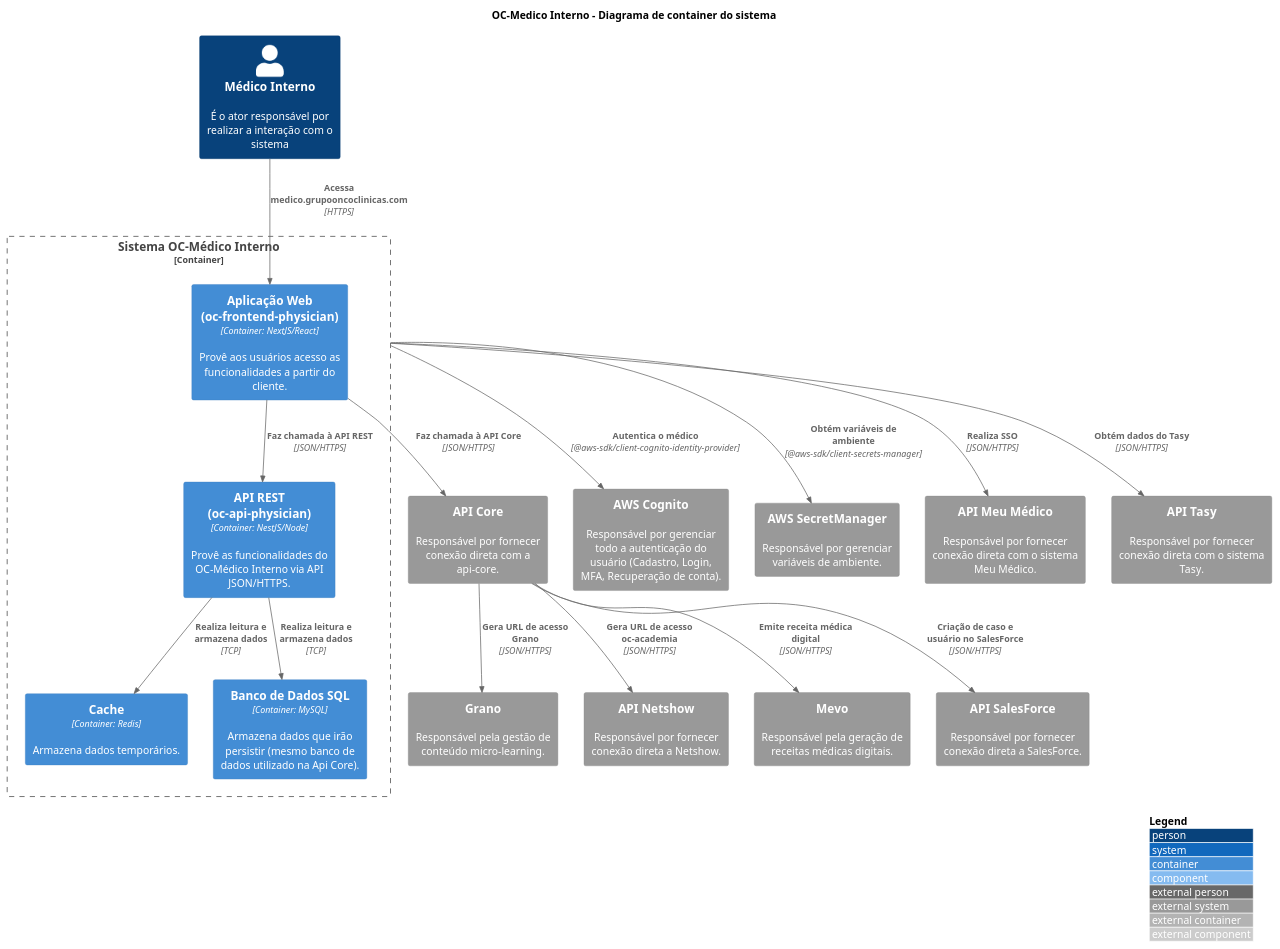
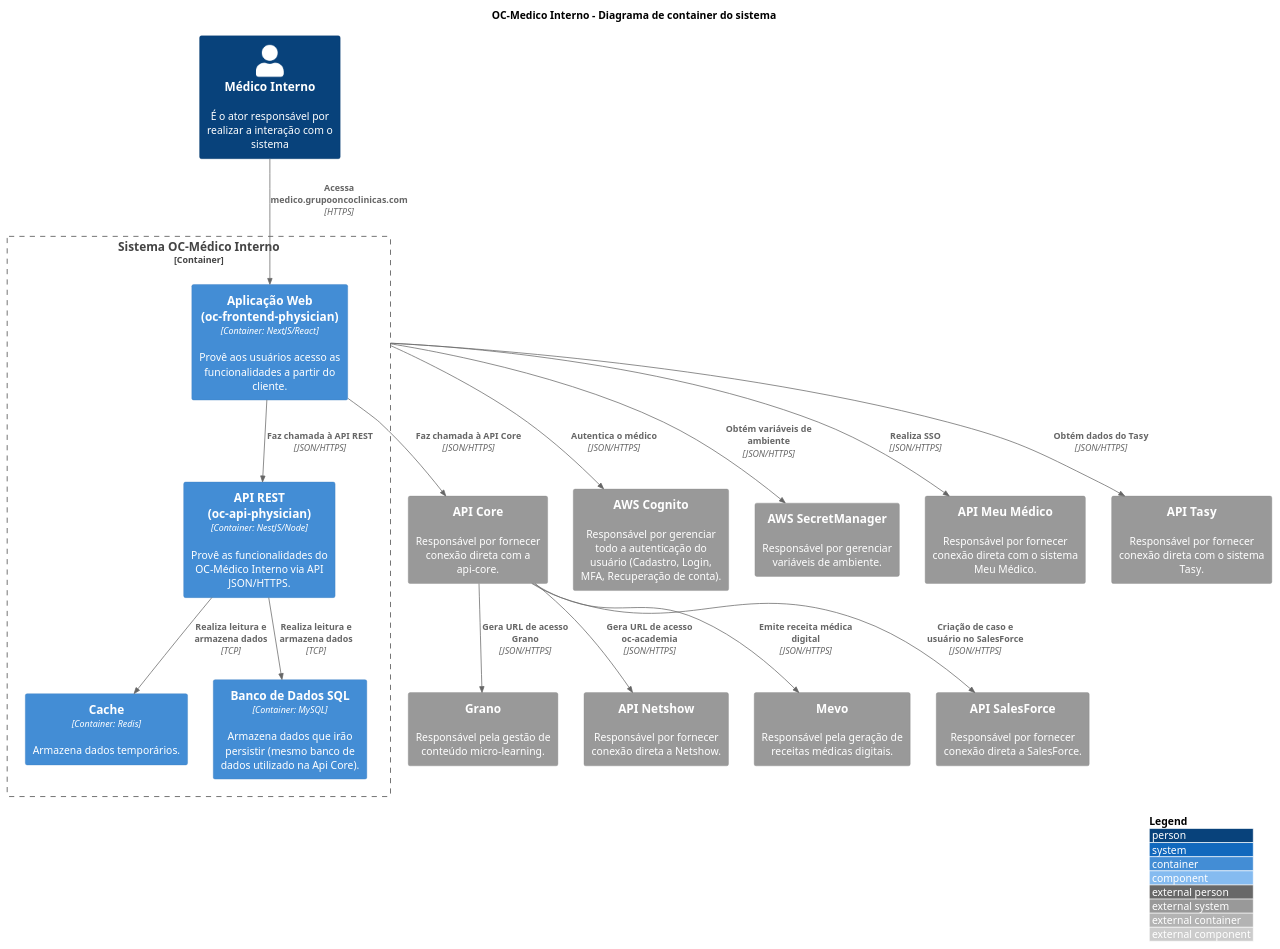
The diagram in src/OC-Medico Interno/C1. Visão Geral/C2. Sistema/containers.puml (luizggbasedigital/poc-oc-docs), drawn with PlantUML before and after one commit. The commit also changed 7 other files, not shown here.

Commit message:
docs: remove lib declarations in context and containers diagrams

```diff
--- a/src/OC-Medico Interno/C1. Visão Geral/C2. Sistema/containers.puml
+++ b/src/OC-Medico Interno/C1. Visão Geral/C2. Sistema/containers.puml
@@ -1,58 +1,58 @@
 @startuml "Container Diagram"
 
 title "OC-Medico Interno - Diagrama de container do sistema"
 
 !include https://raw.githubusercontent.com/adrianvlupu/C4-PlantUML/latest/C4_Component.puml
 
 LAYOUT_WITH_LEGEND()
 
 skinparam backgroundcolor transparent
 
 /'Actors'/
 Person(ActorInternalPhysician, "Médico Interno", "É o ator responsável por realizar a interação com o sistema")
 
 /'Internal Systems'/
 Container_Boundary(SystemOCInternalPhysician, "Sistema OC-Médico Interno") {
   Container(ContainerWebApp, "Aplicação Web (oc-frontend-physician)", "Container: NextJS/React", "Provê aos usuários acesso as funcionalidades a partir do cliente.")
   Container(ContainerServerApi, "API REST (oc-api-physician)", "Container: NestJS/Node", "Provê as funcionalidades do OC-Médico Interno via API JSON/HTTPS.")
   Container(ContainerDatabaseRedis, "Cache", "Container: Redis", "Armazena dados temporários.")
   Container(ContainerDatabaseSQL, "Banco de Dados SQL", "Container: MySQL", "Armazena dados que irão persistir (mesmo banco de dados utilizado na Api Core).")
 
   Rel(ActorInternalPhysician, ContainerWebApp, "Acessa medico.grupooncoclinicas.com", "HTTPS")
   Rel(ContainerServerApi, ContainerDatabaseRedis, "Realiza leitura e armazena dados", "TCP")
   Rel(ContainerServerApi, ContainerDatabaseSQL, "Realiza leitura e armazena dados", "TCP")
 
   Rel(ContainerWebApp, ContainerServerApi, "Faz chamada à API REST", "JSON/HTTPS")
 
 }
 
 /'External Systems'/
 System_Ext(SystemMyPhysicianApi, "API Meu Médico", "Responsável por fornecer conexão direta com o sistema Meu Médico.")
 System_Ext(SystemTasyApi, "API Tasy", "Responsável por fornecer conexão direta com o sistema Tasy.")
 
 /'API-Core Systems'/
 System_Ext(SystemApiCore, "API Core", "Responsável por fornecer conexão direta com a api-core.")
 System_Ext(SystemMevo, "Mevo", "Responsável pela geração de receitas médicas digitais.")
 System_Ext(SystemSalesForce, "API SalesForce", "Responsável por fornecer conexão direta a SalesForce.")
 System_Ext(SystemGrano, "Grano", "Responsável pela gestão de conteúdo micro-learning.")
 System_Ext(SystemNetshow, "API Netshow", "Responsável por fornecer conexão direta a Netshow.")
 
 /'AWS Systems'/
 System_Ext(SystemAWSCognito, "AWS Cognito", "Responsável por gerenciar todo a autenticação do usuário (Cadastro, Login, MFA, Recuperação de conta).")
 System_Ext(SystemAWSSecretManager, "AWS SecretManager", "Responsável por gerenciar variáveis de ambiente.")
 
 /'Relations'/
-Rel(SystemOCInternalPhysician, SystemAWSCognito, "Autentica o médico", "@aws-sdk/client-cognito-identity-provider")
-Rel(SystemOCInternalPhysician, SystemAWSSecretManager, "Obtém variáveis de ambiente", "@aws-sdk/client-secrets-manager")
+Rel(SystemOCInternalPhysician, SystemAWSCognito, "Autentica o médico", "JSON/HTTPS")
+Rel(SystemOCInternalPhysician, SystemAWSSecretManager, "Obtém variáveis de ambiente", "JSON/HTTPS")
 Rel(SystemOCInternalPhysician, SystemMyPhysicianApi, "Realiza SSO", "JSON/HTTPS")
 Rel(SystemOCInternalPhysician, SystemTasyApi, "Obtém dados do Tasy", "JSON/HTTPS")
 
 /'API-Core Integrations'/
 Rel(ContainerWebApp, SystemApiCore, "Faz chamada à API Core", "JSON/HTTPS")
 Rel(SystemApiCore, SystemMevo, "Emite receita médica digital", "JSON/HTTPS")
 Rel(SystemApiCore, SystemSalesForce, "Criação de caso e usuário no SalesForce", "JSON/HTTPS")
 Rel(SystemApiCore, SystemGrano, "Gera URL de acesso Grano", "JSON/HTTPS")
 Rel(SystemApiCore, SystemNetshow, "Gera URL de acesso oc-academia", "JSON/HTTPS")
 
 
 @enduml
```
